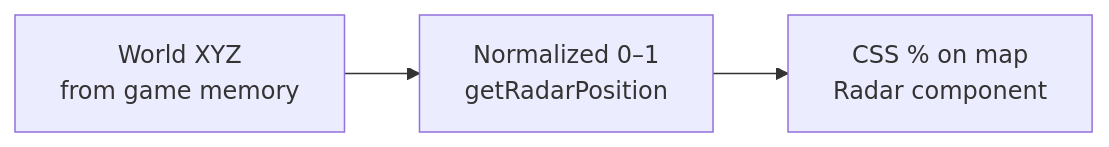
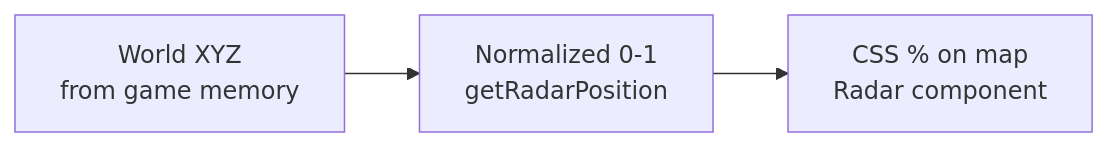
One commit to ZhaLuc/WebRadarDL changed the first of 2 diagrams in docs/map-calibration.md. Above: the diagram before and after it, drawn with Mermaid. The commit also changed other lines of this file and 36 other files, not shown here.

````diff
--- a/docs/map-calibration.md
+++ b/docs/map-calibration.md
@@ -9,8 +9,8 @@
 ```mermaid
 flowchart LR
   WORLD[World XYZ<br/>from game memory]
-  NORM[Normalized 0–1<br/>getRadarPosition]
+  NORM[Normalized 0-1<br/>getRadarPosition]
   CSS[CSS % on map<br/>Radar component]
   WORLD --> NORM
   NORM --> CSS
 ```
````
